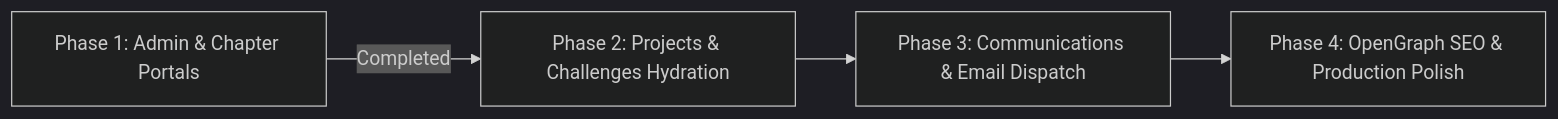
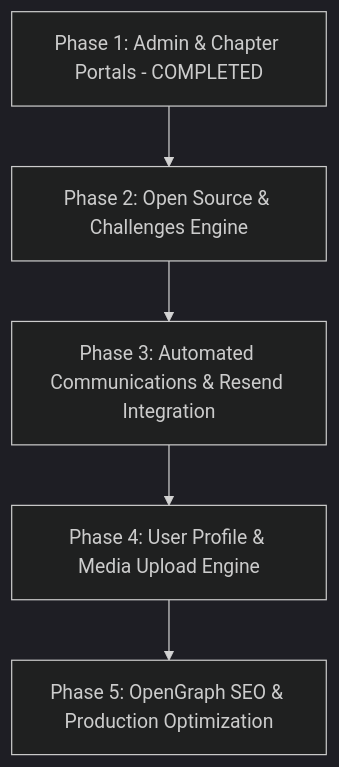
Before and after one commit to HeapifyGlobalCommunityy/Heapify-platform: the second of 2 diagrams in repo_status_and_roadmap.md, drawn with Mermaid (dark theme). The commit also changed other lines of this file, not shown here.

````diff
--- a/repo_status_and_roadmap.md
+++ b/repo_status_and_roadmap.md
@@ -74,6 +66,7 @@
 ```mermaid
-flowchart LR
-    P1[Phase 1: Admin & Chapter Portals] -->|Completed| P2[Phase 2: Projects & Challenges Hydration]
-    P2 --> P3[Phase 3: Communications & Email Dispatch]
-    P3 --> P4[Phase 4: OpenGraph SEO & Production Polish]
+flowchart TD
+    P1[Phase 1: Admin & Chapter Portals - COMPLETED] --> P2[Phase 2: Open Source & Challenges Engine]
+    P2 --> P3[Phase 3: Automated Communications & Resend Integration]
+    P3 --> P4[Phase 4: User Profile & Media Upload Engine]
+    P4 --> P5[Phase 5: OpenGraph SEO & Production Optimization]
 ```
````
